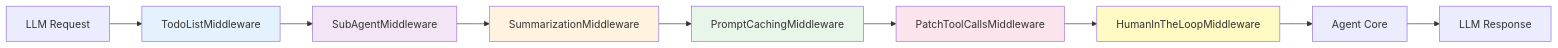
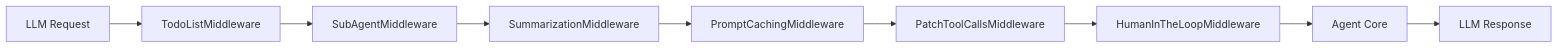
The third of 3 diagrams in README.md (samon11/synmax-agent), drawn with Mermaid before and after one commit. The commit also changed other lines of this file, not shown here.

````diff
--- a/README.md
+++ b/README.md
@@ -277,19 +273,12 @@
 ```mermaid
 graph LR
     A[LLM Request] --> B[TodoListMiddleware]
     B --> C[SubAgentMiddleware]
     C --> D[SummarizationMiddleware]
     D --> E[PromptCachingMiddleware]
     E --> F[PatchToolCallsMiddleware]
     F --> G[HumanInTheLoopMiddleware]
     G --> H[Agent Core]
 
     H --> I[LLM Response]
-
-    style B fill:#e3f2fd
-    style C fill:#f3e5f5
-    style D fill:#fff3e0
-    style E fill:#e8f5e9
-    style F fill:#fce4ec
-    style G fill:#fff9c4
 ```
````
